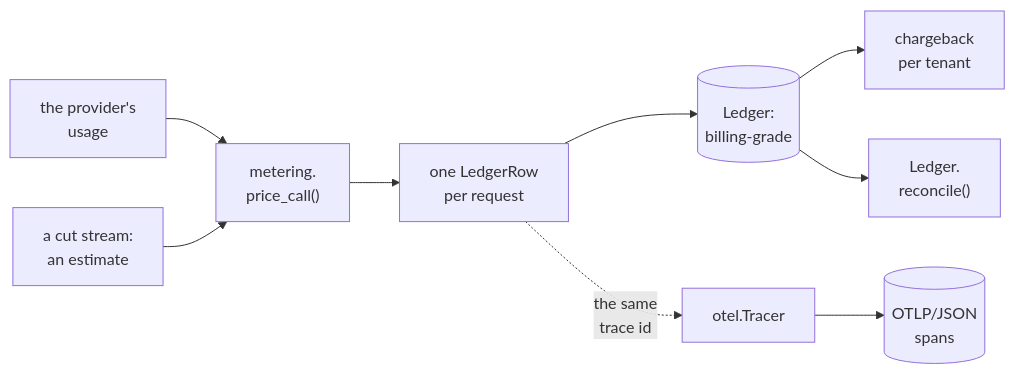
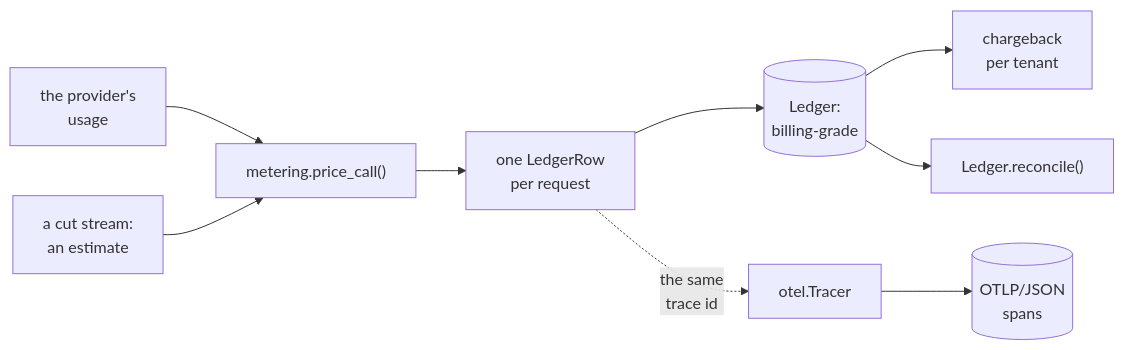
One commit to aniryou/full-stack-agentic-engineer changed the seventh of 9 diagrams in 06-gateway/llm-gateway/PRIMER.md. Above: the diagram before and after it, drawn with Mermaid. The commit also changed other lines of this file and 340 other files, not shown here.

````diff
--- a/06-gateway/llm-gateway/PRIMER.md
+++ b/06-gateway/llm-gateway/PRIMER.md
@@ -709,11 +710,11 @@
 ```mermaid
 flowchart LR
-    U["the provider's<br/>usage"] --> PR["metering.<br/>price_call()"]
+    U["the provider's<br/>usage"] --> PR["metering.price_call()"]
     EST["a cut stream:<br/>an estimate"] --> PR
     PR --> ROW["one LedgerRow<br/>per request"]
     ROW --> LED[("Ledger:<br/>billing-grade")]
     LED --> CB["chargeback<br/>per tenant"]
-    LED --> REC["Ledger.<br/>reconcile()"]
+    LED --> REC["Ledger.reconcile()"]
     ROW -. "the same<br/>trace id" .-> TR["otel.Tracer"]
     TR --> SP[("OTLP/JSON<br/>spans")]
 ```
````
